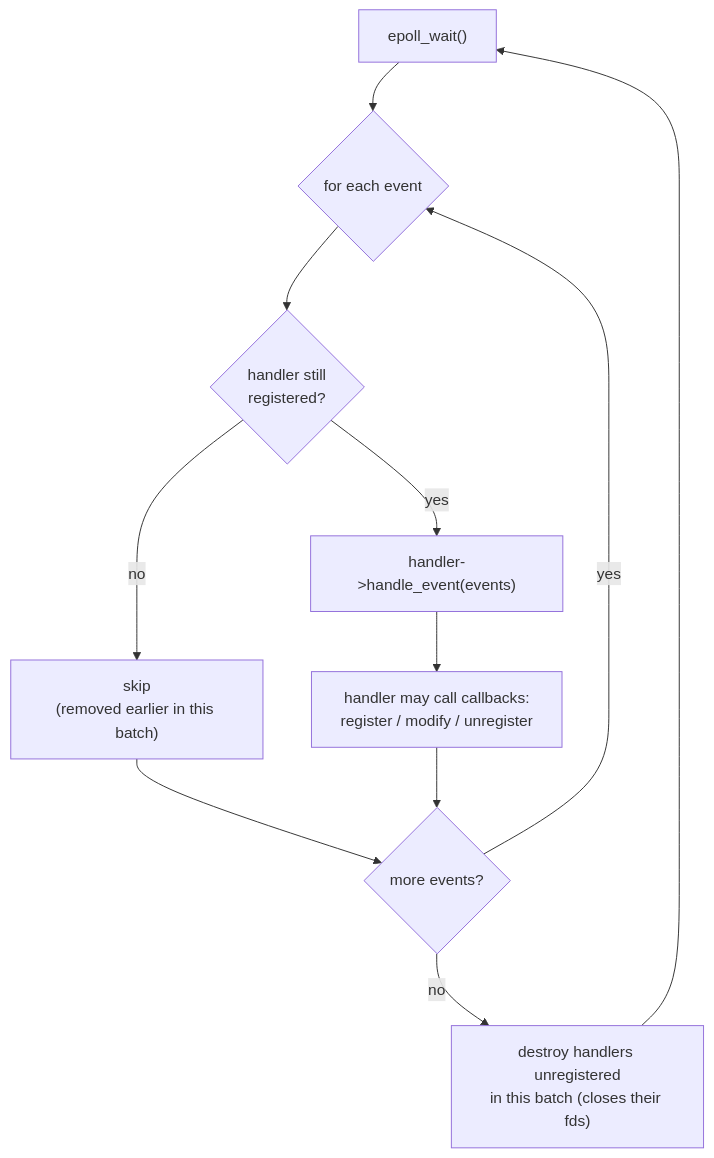
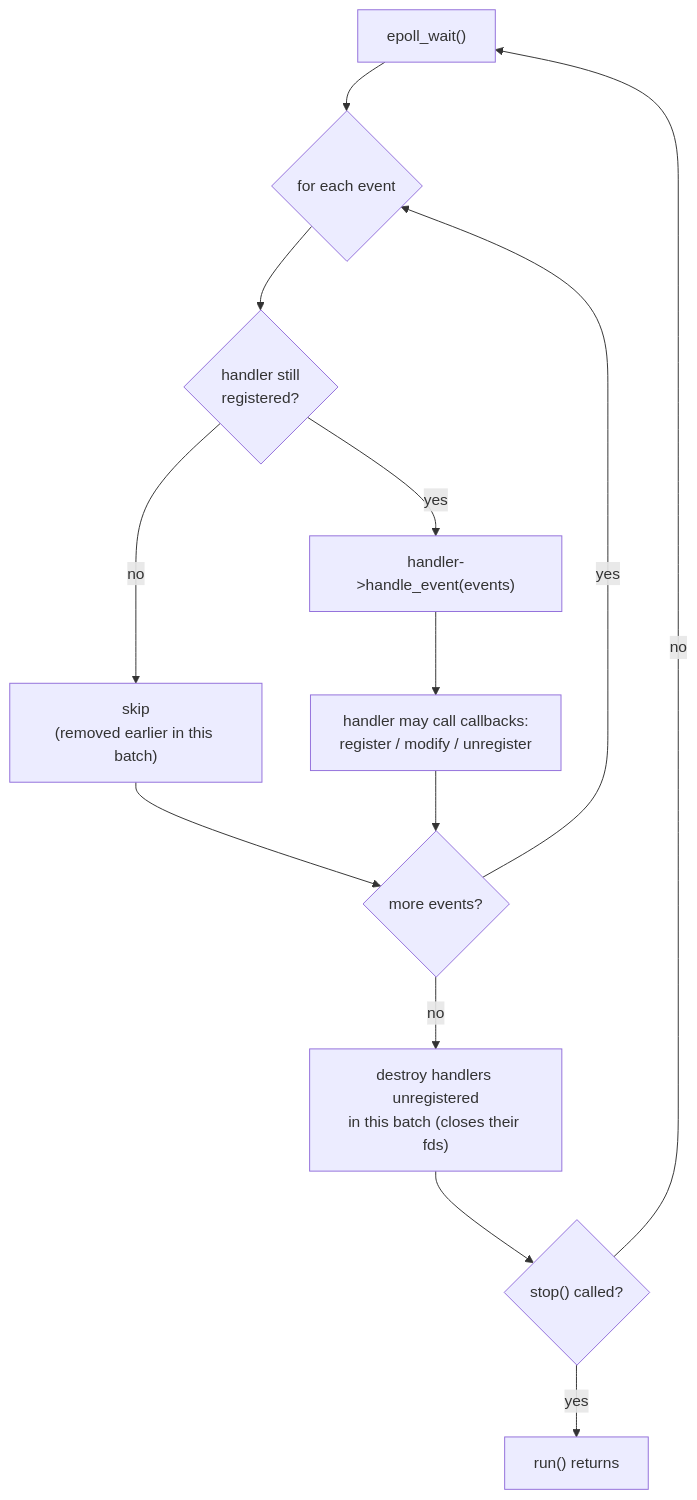
One commit to vasilev-anri/distributed_key-value_database changed the fifth of 7 diagrams in README.md. Above: the diagram before and after it, drawn with Mermaid. The commit also changed other lines of this file, not shown here.

````diff
--- a/README.md
+++ b/README.md
@@ -228,13 +260,15 @@
 ```mermaid
 flowchart TD
     W["epoll_wait()"] --> E{"for each event"}
     E --> L{"handler still<br/>registered?"}
     L -- no --> S["skip<br/>(removed earlier in this batch)"]
     L -- yes --> H["handler->handle_event(events)"]
     H --> CB["handler may call callbacks:<br/>register / modify / unregister"]
     S --> N{"more events?"}
     CB --> N
     N -- yes --> E
     N -- no --> D["destroy handlers unregistered<br/>in this batch (closes their fds)"]
-    D --> W
+    D --> X{"stop() called?"}
+    X -- no --> W
+    X -- yes --> END["run() returns"]
 ```
````
